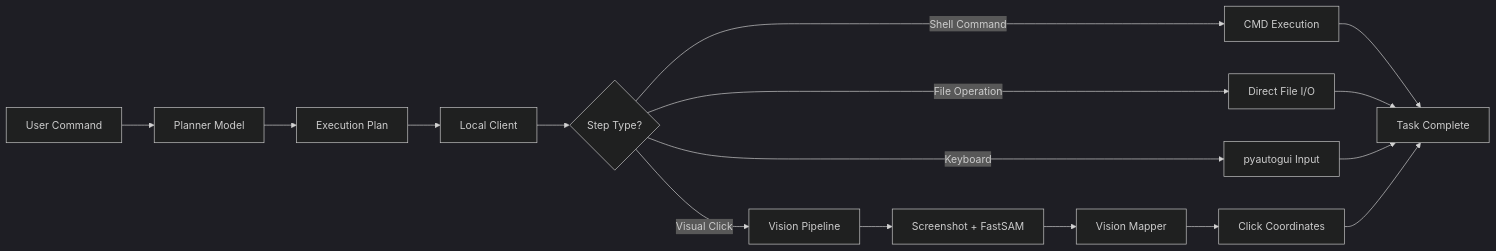
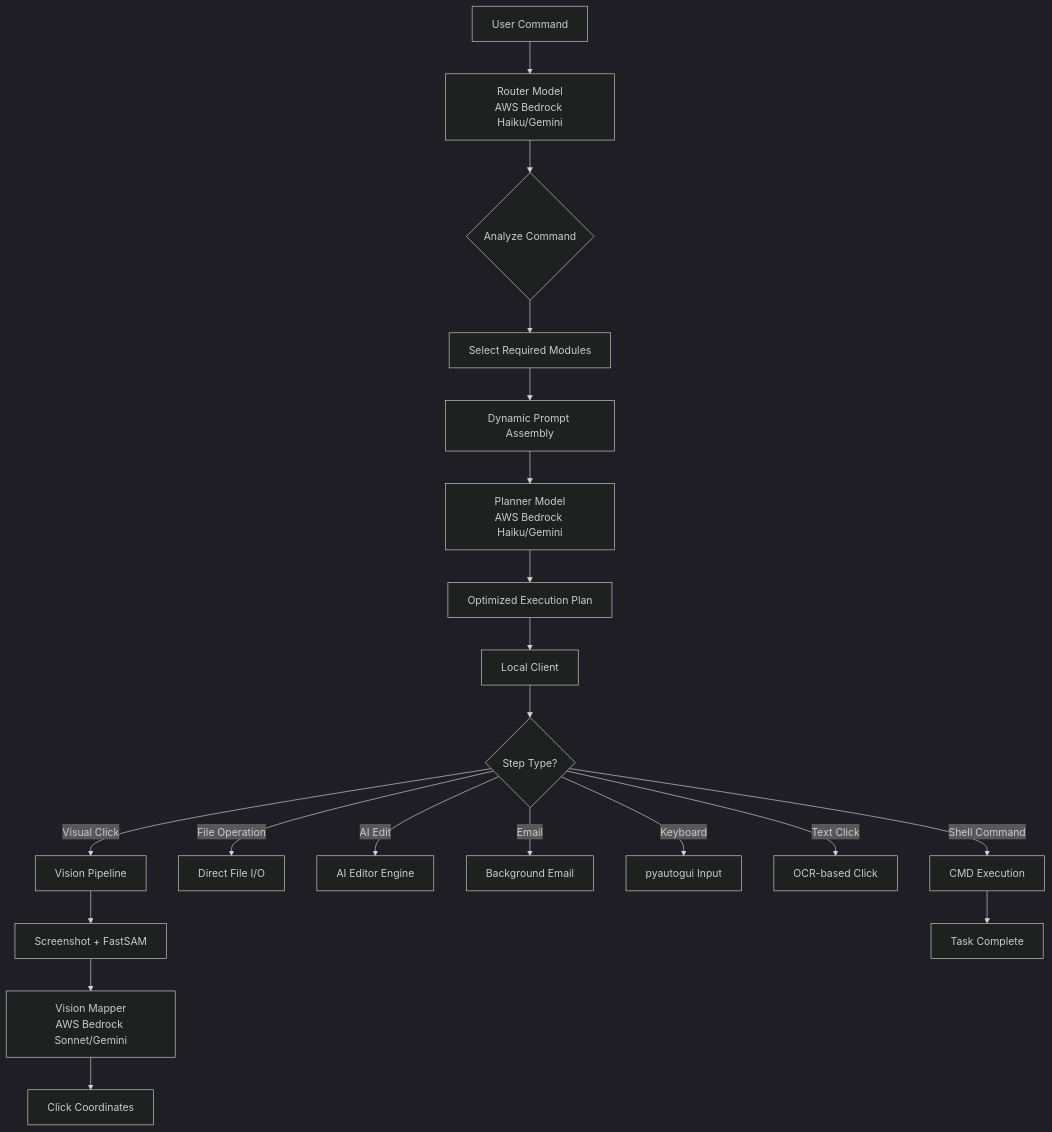
One commit to Bada-Don/Jarvis changed the first of 7 diagrams in README.md. Above: the diagram before and after it, drawn with Mermaid (dark theme). The commit also changed other lines of this file and 16 other files, not shown here.

````diff
--- a/README.md
+++ b/README.md
@@ -18,18 +21,22 @@
 ```mermaid
-flowchart LR
-    A[User Command] --> B[Planner Model]
-    B --> C[Execution Plan]
-    C --> D[Local Client]
-    D --> E{Step Type?}
-    E -->|Shell Command| F[CMD Execution]
-    E -->|File Operation| G[Direct File I/O]
-    E -->|Keyboard| H[pyautogui Input]
-    E -->|Visual Click| I[Vision Pipeline]
-    I --> J[Screenshot + FastSAM]
-    J --> K[Vision Mapper]
-    K --> L[Click Coordinates]
-    F --> M[Task Complete]
-    G --> M
-    H --> M
-    L --> M
+flowchart TB
+    A[User Command] --> B[Router Model<br/>AWS Bedrock Haiku/Gemini]
+    B --> C{Analyze Command}
+    C --> D[Select Required Modules]
+    D --> E[Dynamic Prompt Assembly]
+    E --> F[Planner Model<br/>AWS Bedrock Haiku/Gemini]
+    F --> G[Optimized Execution Plan]
+    G --> H[Local Client]
+    H --> I{Step Type?}
+    I -->|Shell Command| J[CMD Execution]
+    I -->|File Operation| K[Direct File I/O]
+    I -->|AI Edit| L[AI Editor Engine]
+    I -->|Email| M[Background Email]
+    I -->|Keyboard| N[pyautogui Input]
+    I -->|Text Click| O[OCR-based Click]
+    I -->|Visual Click| P[Vision Pipeline]
+    P --> Q[Screenshot + FastSAM]
+    Q --> R[Vision Mapper<br/>AWS Bedrock Sonnet/Gemini]
+    R --> S[Click Coordinates]
+    J --> T[Task Complete]
 ```
````
